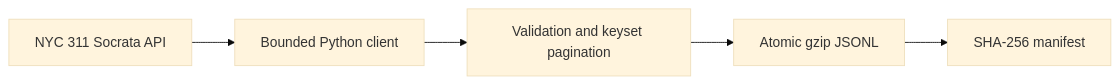
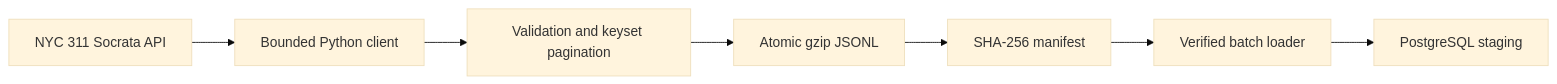
Before and after one commit to Neloy4321/DataForge-360: the first of 2 diagrams in docs/ARCHITECTURE.md, drawn with Mermaid (base theme). The commit also changed other lines of this file and 10 other files, not shown here.

First line of the commit message:
feat: PostgreSQL staging warehouse and verified upsert loader

````diff
--- a/docs/ARCHITECTURE.md
+++ b/docs/ARCHITECTURE.md
@@ -5,7 +5,9 @@
 ```mermaid
 flowchart LR
     A[NYC 311 Socrata API] --> B[Bounded Python client]
     B --> C[Validation and keyset pagination]
     C --> D[Atomic gzip JSONL]
     D --> E[SHA-256 manifest]
+    E --> F[Verified batch loader]
+    F --> G[PostgreSQL staging]
 ```
````
